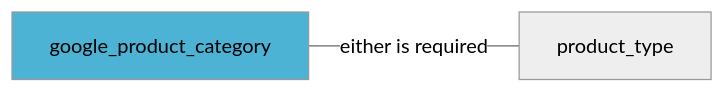
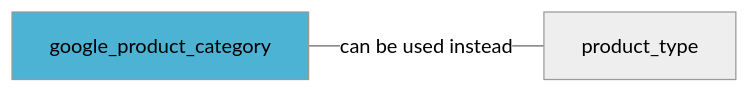
Before and after one commit to Prisjakt/feed-specification: the diagram in docs/fields/google_product_category.md, drawn with Mermaid. The commit also changed other lines of this file and 13 other files, not shown here.

````diff
--- a/docs/fields/google_product_category.md
+++ b/docs/fields/google_product_category.md
@@ -33,10 +33,10 @@
 ```mermaid
 %%{init: {'theme':'neutral'}}%%
 flowchart LR
-google_product_category -- either is required  --- product_type
+google_product_category -- can be used instead  --- product_type
   click product_type "/fields/product_type" "product_type" _blank
    
   
   click google_product_category "/fields/google_product_category" "google_product_category" _blank
   style google_product_category fill:#4cb3d4
 ```
````
